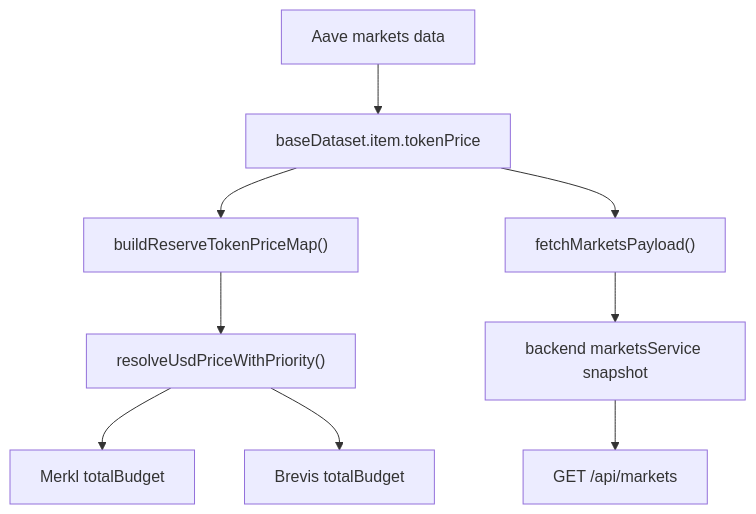
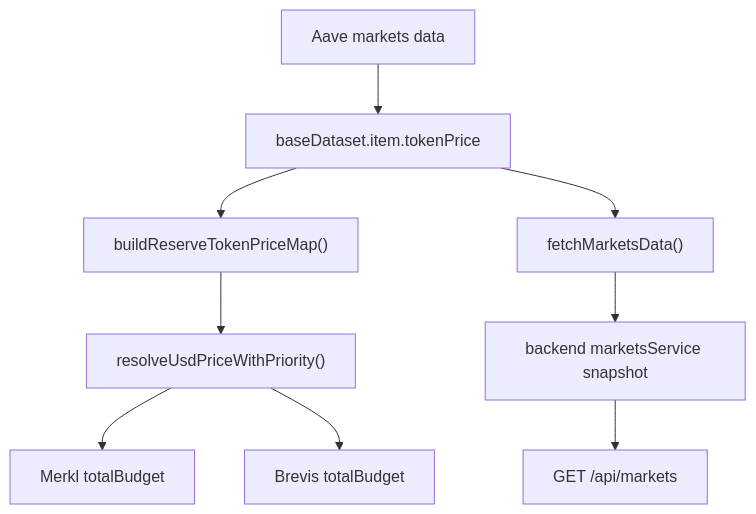
The fifth of 5 diagrams in docs/merkl-merit-cache-architecture.md (0xPabloLI/aave-protocol-analysis), drawn with Mermaid before and after one commit. The commit also changed other lines of this file and 6 other files, not shown here.

````diff
--- a/docs/merkl-merit-cache-architecture.md
+++ b/docs/merkl-merit-cache-architecture.md
@@ -166,11 +166,11 @@
 ```mermaid
 flowchart TD
   A["Aave markets data"] --> B["baseDataset.item.tokenPrice"]
   B --> C["buildReserveTokenPriceMap()"]
   C --> D["resolveUsdPriceWithPriority()"]
   D --> E["Merkl totalBudget"]
   D --> F["Brevis totalBudget"]
-  B --> G["fetchMarketsPayload()"]
+  B --> G["fetchMarketsData()"]
   G --> H["backend marketsService snapshot"]
   H --> I["GET /api/markets"]
 ```
````
